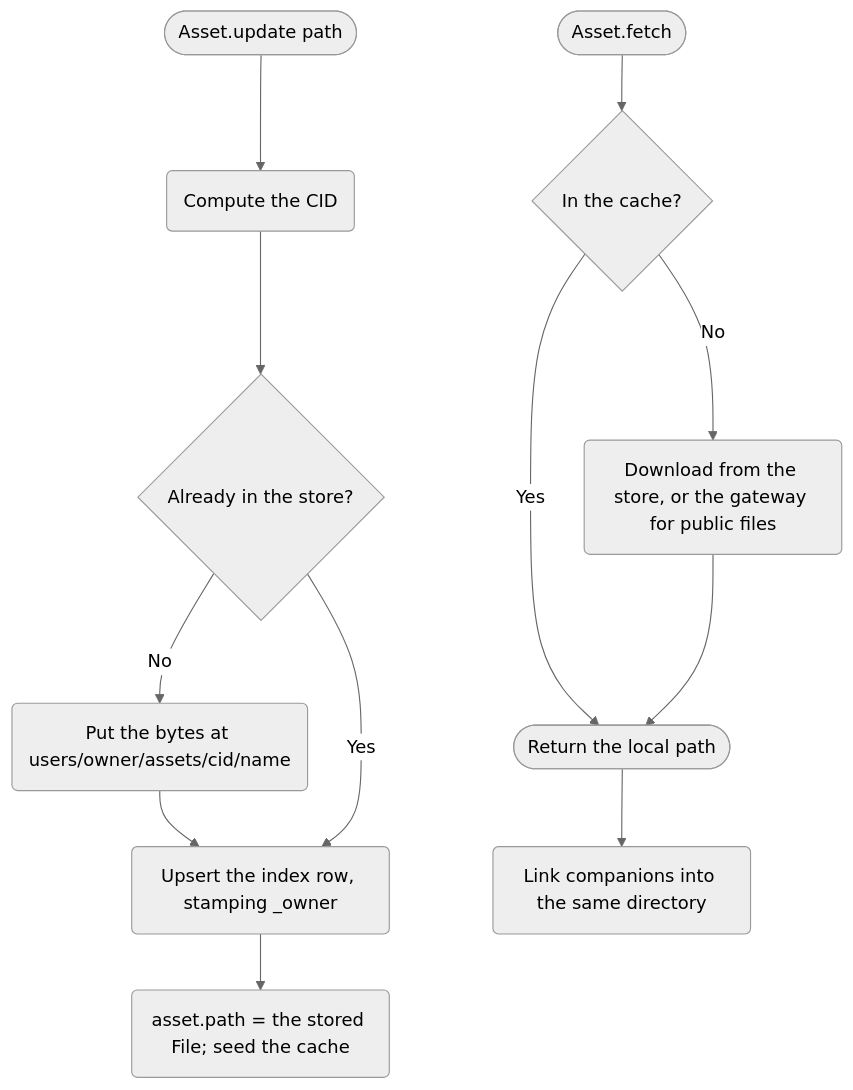
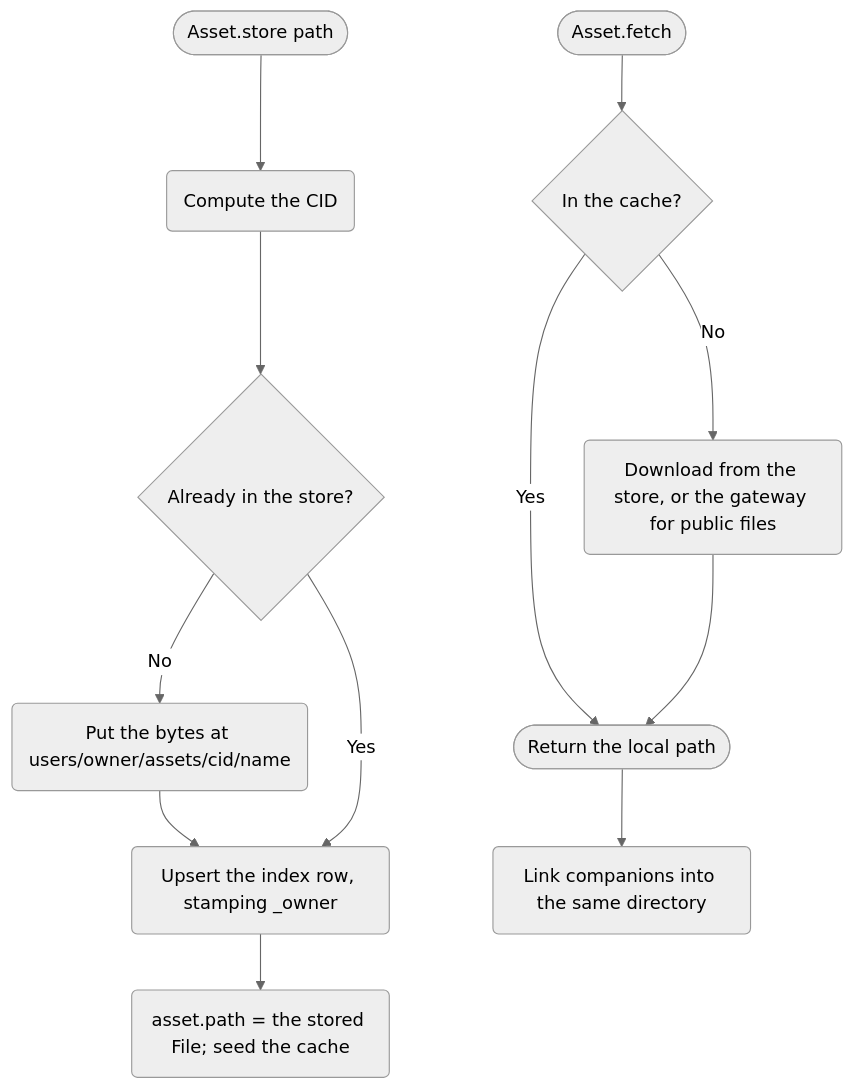
The diagram in docs/architecture/configuration.md (StargazerBio/stargazer), drawn with Mermaid (neutral theme) before and after one commit. The commit also changed 55 other files, not shown here.

````diff
--- a/docs/architecture/configuration.md
+++ b/docs/architecture/configuration.md
@@ -44,13 +44,13 @@
 ```mermaid
 flowchart TD
-    U([Asset.update path]) --> C("Compute the CID")
+    U([Asset.store path]) --> C("Compute the CID")
     C --> S{Already in the store?}
     S -->|No| P("Put the bytes at users/owner/assets/cid/name") --> R
     S -->|Yes| R("Upsert the index row, stamping _owner")
     R --> F("asset.path = the stored File; seed the cache")
 
     G([Asset.fetch]) --> H{In the cache?}
     H -->|Yes| L([Return the local path])
     H -->|No| D("Download from the store, or the gateway for public files") --> L
     L --> M("Link companions into the same directory")
 ```
````
